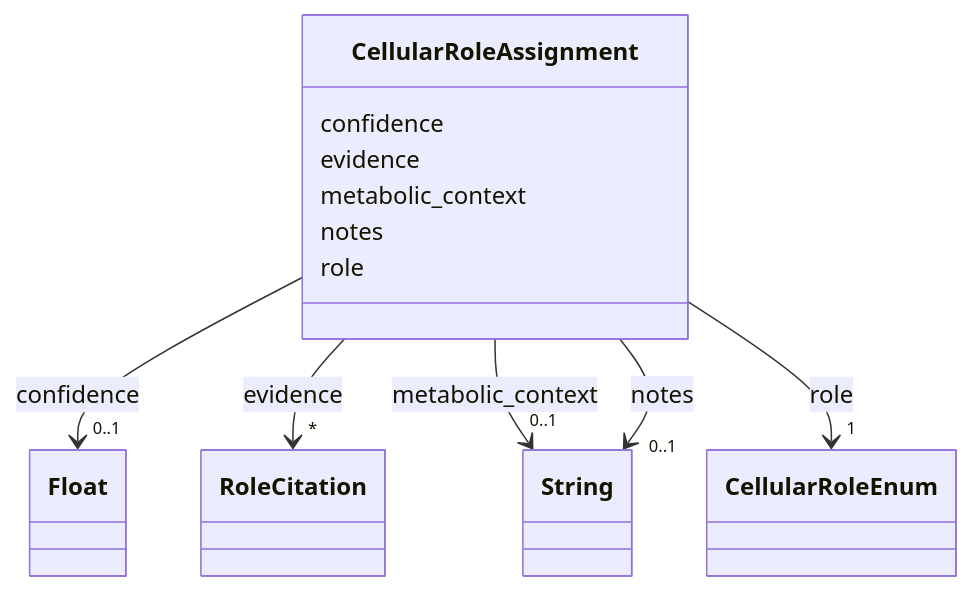
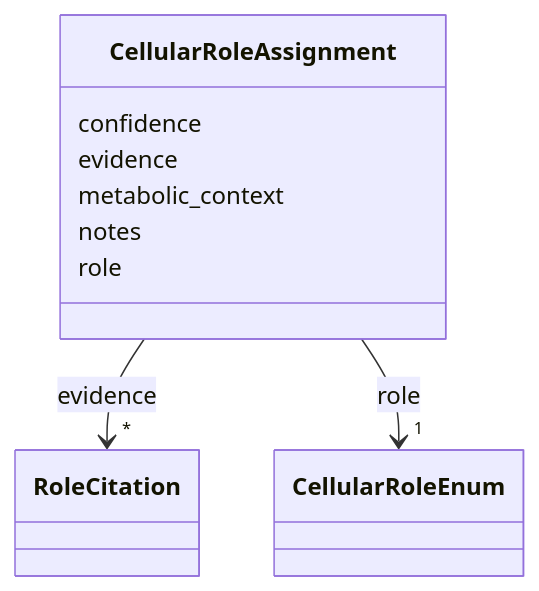
Before and after one commit to CultureBotAI/MediaIngredientMech: the diagram in docs/CellularRoleAssignment.md, drawn with Mermaid. The commit also changed other lines of this file and 70 other files, not shown here.

````diff
--- a/docs/CellularRoleAssignment.md
+++ b/docs/CellularRoleAssignment.md
@@ -18,61 +18,34 @@
 ```mermaid
  classDiagram
     class CellularRoleAssignment
     click CellularRoleAssignment href "../CellularRoleAssignment/"
       CellularRoleAssignment : confidence
-        
-          
-    
-        
-        
-        CellularRoleAssignment --> "0..1" Float : confidence
-        click Float href "../http://www.w3.org/2001/XMLSchema#float/"
-    
-
         
       CellularRoleAssignment : evidence
         
           
     
         
         
         CellularRoleAssignment --> "*" RoleCitation : evidence
         click RoleCitation href "../RoleCitation/"
     
 
         
       CellularRoleAssignment : metabolic_context
         
-          
-    
-        
-        
-        CellularRoleAssignment --> "0..1" String : metabolic_context
-        click String href "../http://www.w3.org/2001/XMLSchema#string/"
-    
-
-        
       CellularRoleAssignment : notes
-        
-          
-    
-        
-        
-        CellularRoleAssignment --> "0..1" String : notes
-        click String href "../http://www.w3.org/2001/XMLSchema#string/"
-    
-
         
       CellularRoleAssignment : role
         
           
     
         
         
         CellularRoleAssignment --> "1" CellularRoleEnum : role
         click CellularRoleEnum href "../CellularRoleEnum/"
     
 
         
       
 ```
````
